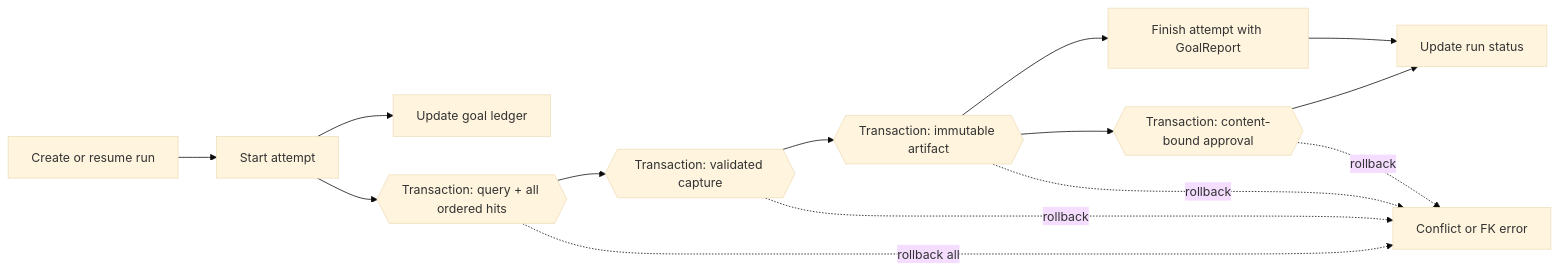
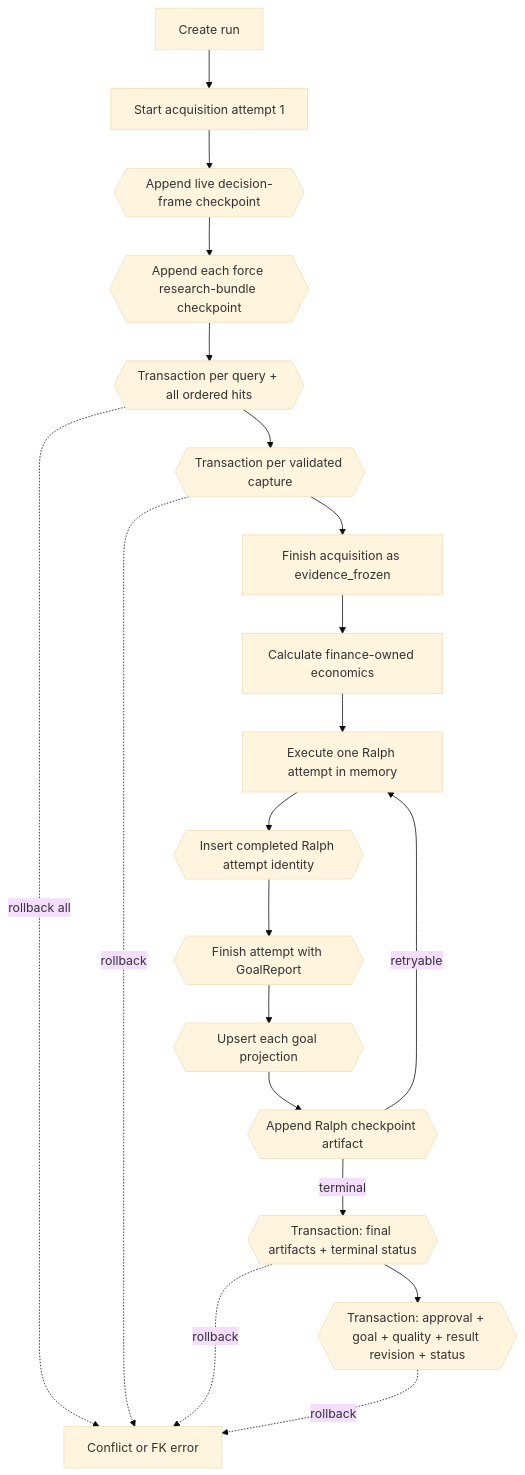
Before and after one commit to sw30labs/PorterForcesAI: the second of 2 diagrams in docs/technical/adr/003-sqlite-run-store.md, drawn with Mermaid (base theme). The commit also changed other lines of this file and 14 other files, not shown here.

````diff
--- a/docs/technical/adr/003-sqlite-run-store.md
+++ b/docs/technical/adr/003-sqlite-run-store.md
@@ -126,17 +126,23 @@
 ```mermaid
-flowchart LR
-    R[Create or resume run] --> A[Start attempt]
-    A --> G[Update goal ledger]
-    A --> Q{{Transaction: query + all ordered hits}}
-    Q --> C{{Transaction: validated capture}}
-    C --> F{{Transaction: immutable artifact}}
-    F --> X[Finish attempt with GoalReport]
-    F --> P{{Transaction: content-bound approval}}
-    X --> S[Update run status]
-    P --> S
+flowchart TD
+    R[Create run] --> A[Start acquisition attempt 1]
+    A --> D{{Append live decision-frame checkpoint}}
+    D --> B{{Append each force research-bundle checkpoint}}
+    B --> Q{{Transaction per query + all ordered hits}}
+    Q --> C{{Transaction per validated capture}}
+    C --> Z[Finish acquisition as evidence_frozen]
+    Z --> E[Calculate finance-owned economics]
+    E --> W[Execute one Ralph attempt in memory]
+    W --> X1{{Insert completed Ralph attempt identity}}
+    X1 --> X2{{Finish attempt with GoalReport}}
+    X2 --> G{{Upsert each goal projection}}
+    G --> K{{Append Ralph checkpoint artifact}}
+    K -->|retryable| W
+    K -->|terminal| F{{Transaction: final artifacts + terminal status}}
+    F --> P{{Transaction: approval + goal + quality + result revision + status}}
 
-    Q -. rollback all .-> E[Conflict or FK error]
-    C -. rollback .-> E
-    F -. rollback .-> E
-    P -. rollback .-> E
+    Q -. rollback all .-> ERR[Conflict or FK error]
+    C -. rollback .-> ERR
+    F -. rollback .-> ERR
+    P -. rollback .-> ERR
 ```
````
